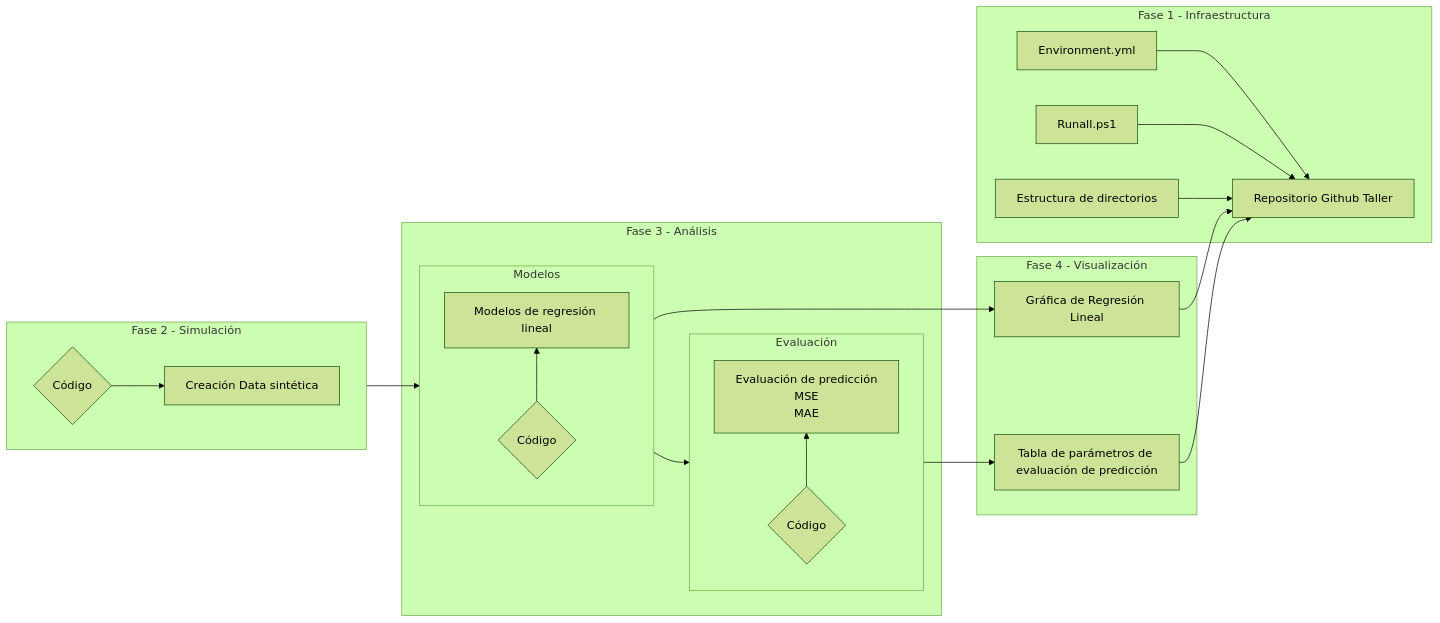
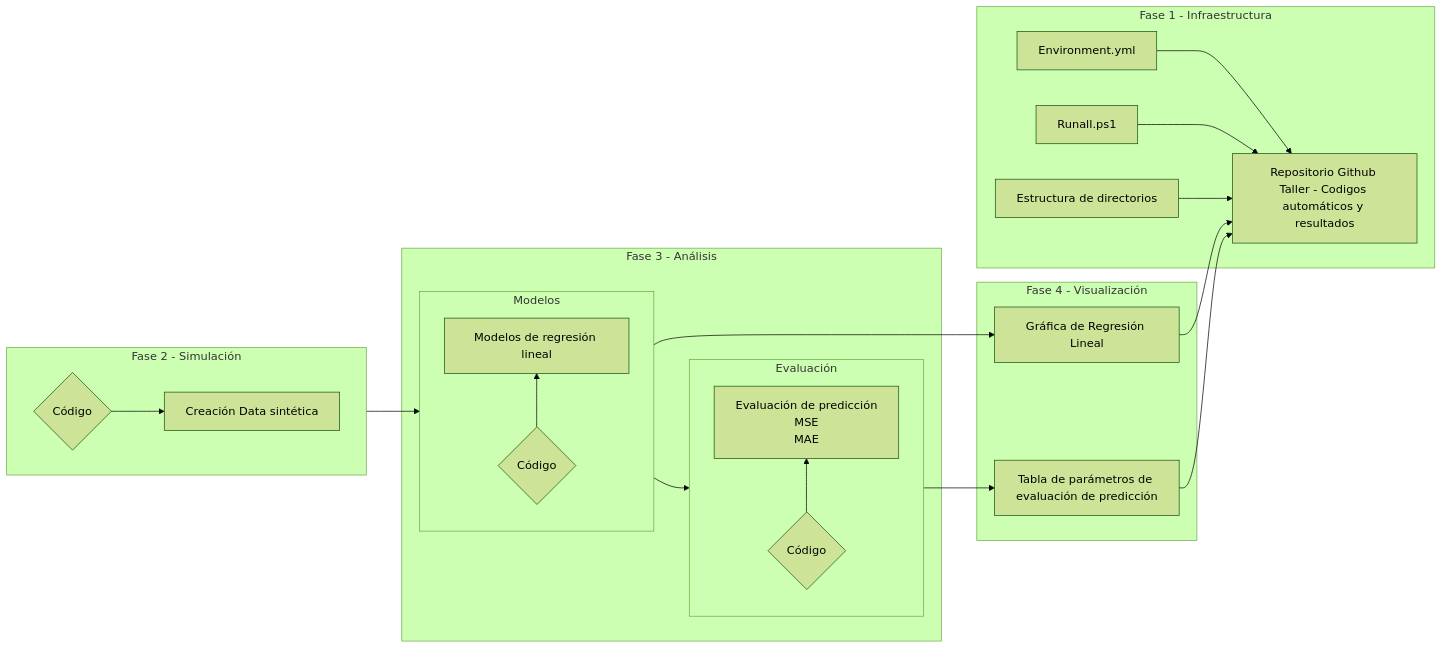
Before and after one commit to Yilap88/taller4-GPI: the diagram in scripts/diagram.mermaid, drawn with Mermaid (forest theme).

```diff
--- a/scripts/diagram.mermaid
+++ b/scripts/diagram.mermaid
@@ -1,32 +1,32 @@
 graph LR
     subgraph Grupo1["Fase 1 - Infraestructura"]
-        A[Environment.yml] --> D[Repositorio Github Taller]
+        A[Environment.yml] --> D["Repositorio Github Taller - Codigos automáticos y resultados"]
         B[Runall.ps1] --> D
         C[Estructura de directorios] --> D
 
     end
     subgraph Grupo2["Fase 2 - Simulación"]
         direction LR
         H{Código} --> F[Creación Data sintética]
     end
     subgraph Grupo3["Fase 3 - Análisis"]
         subgraph Modelos
         direction BT
         F --> J["Modelos de regresión lineal"]
         I{Código} --> J
         end
         subgraph Evaluación
         direction BT
         J --> K["Evaluación de predicción
         MSE
         MAE
         "]
         L{Código} --> K
         end
     end
     subgraph Grupo4["Fase 4 - Visualización"]
         J --> M[Gráfica de Regresión Lineal]
         K --> N[Tabla de parámetros de evaluación de predicción]
         M --> D
         N --> D
     end
```
